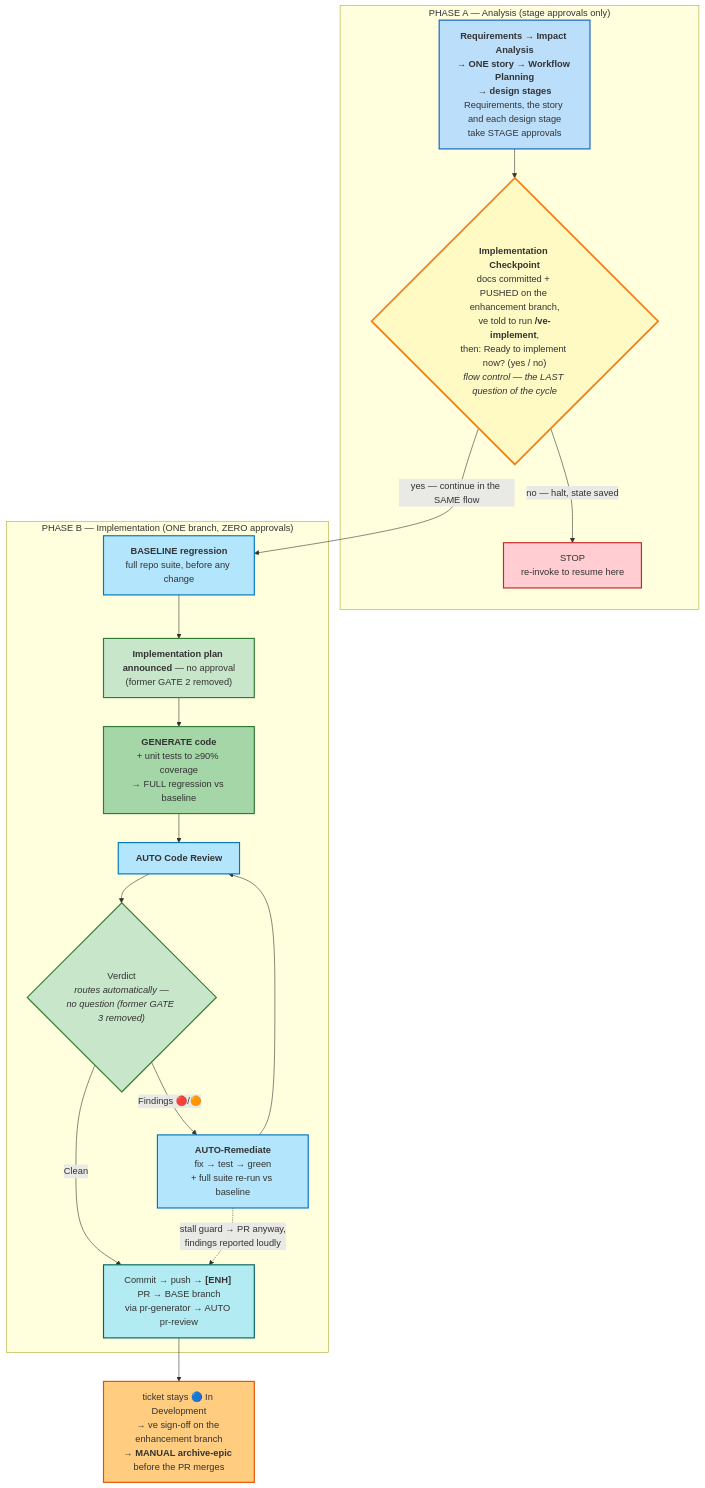
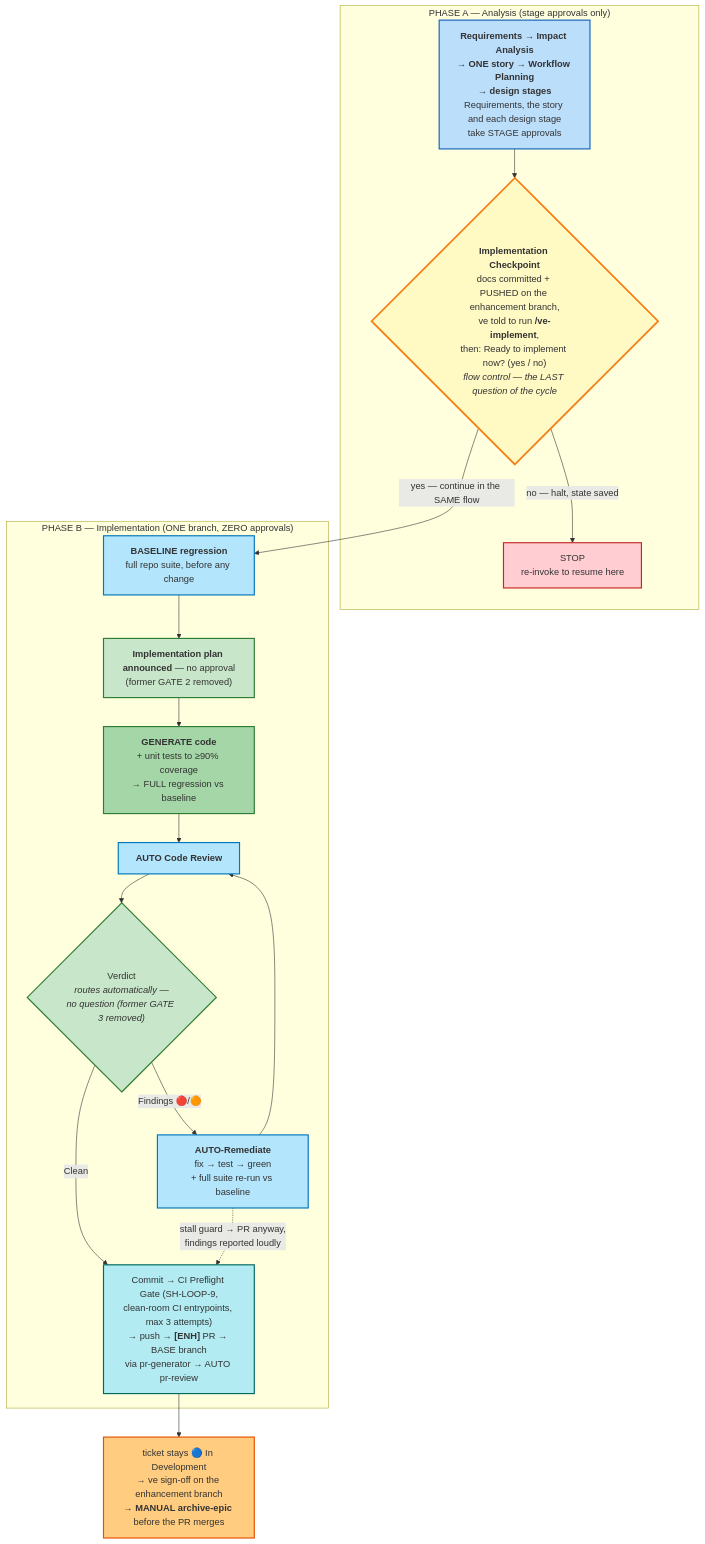
The tenth of 13 diagrams in aire-workflow/aire-workflow-diagram.md (Shailendrayadav0666/billing-cycle-copy), drawn with Mermaid before and after one commit. The commit also changed other lines of this file and 48 other files, not shown here.

````diff
--- a/aire-workflow/aire-workflow-diagram.md
+++ b/aire-workflow/aire-workflow-diagram.md
@@ -1264,35 +1337,35 @@
 ```mermaid
 flowchart TD
     subgraph ENH_A["PHASE A — Analysis (stage approvals only)"]
         EREQ["<b>Requirements → Impact Analysis<br/>→ ONE story → Workflow Planning<br/>→ design stages</b><br/>Requirements, the story and each design stage<br/>take STAGE approvals"]
         EREQ --> EIG{"<b>Implementation Checkpoint</b><br/>docs committed + PUSHED on the enhancement branch,<br/>ve told to run <b>/ve-implement</b>,<br/>then: Ready to implement now? (yes / no)<br/><i>flow control — the LAST question of the cycle</i>"}
         EIG -->|"no — halt, state saved"| EHALT["STOP<br/>re-invoke to resume here"]
     end
 
     subgraph ENH_B["PHASE B — Implementation (ONE branch, ZERO approvals)"]
         EBASE["<b>BASELINE regression</b><br/>full repo suite, before any change"]
         EBASE --> EPLAN["<b>Implementation plan announced</b> — no approval<br/>(former GATE 2 removed)"]
         EPLAN --> EGEN["<b>GENERATE code</b><br/>+ unit tests to ≥90% coverage<br/>→ FULL regression vs baseline"]
         EGEN --> EACR["<b>AUTO Code Review</b>"]
         EACR --> EV{"Verdict<br/><i>routes automatically —<br/>no question (former GATE 3 removed)</i>"}
         EV -->|"Findings 🔴/🟠"| EREM["<b>AUTO-Remediate</b><br/>fix → test → green<br/>+ full suite re-run vs baseline"]
         EREM --> EACR
-        EV -->|"Clean"| ESHIP["Commit → push → <b>[ENH]</b> PR → BASE branch<br/>via pr-generator → AUTO pr-review"]
+        EV -->|"Clean"| ESHIP["Commit → CI Preflight Gate (SH-LOOP-9,<br/>clean-room CI entrypoints, max 3 attempts)<br/>→ push → <b>[ENH]</b> PR → BASE branch<br/>via pr-generator → AUTO pr-review"]
         EREM -.->|"stall guard → PR anyway,<br/>findings reported loudly"| ESHIP
     end
 
     EIG -->|"yes — continue in the SAME flow"| EBASE
     ESHIP --> EPOST["ticket stays 🔵 In Development<br/>→ ve sign-off on the enhancement branch<br/>→ <b>MANUAL archive-epic</b> before the PR merges"]
 
     style EREQ fill:#BBDEFB,stroke:#1565C0,stroke-width:2px
     style EIG fill:#FFF9C4,stroke:#F57F17,stroke-width:3px
     style EHALT fill:#FFCDD2,stroke:#C62828,stroke-width:2px
     style EBASE fill:#B3E5FC,stroke:#0277BD,stroke-width:2px
     style EPLAN fill:#C8E6C9,stroke:#2E7D32,stroke-width:2px
     style EGEN fill:#A5D6A7,stroke:#2E7D32,stroke-width:2px
     style EACR fill:#B3E5FC,stroke:#0277BD,stroke-width:2px
     style EREM fill:#B3E5FC,stroke:#0277BD,stroke-width:2px
     style EV fill:#C8E6C9,stroke:#2E7D32,stroke-width:2px
     style ESHIP fill:#B2EBF2,stroke:#00695C,stroke-width:2px
     style EPOST fill:#FFCC80,stroke:#E65100,stroke-width:2px
 ```
````
